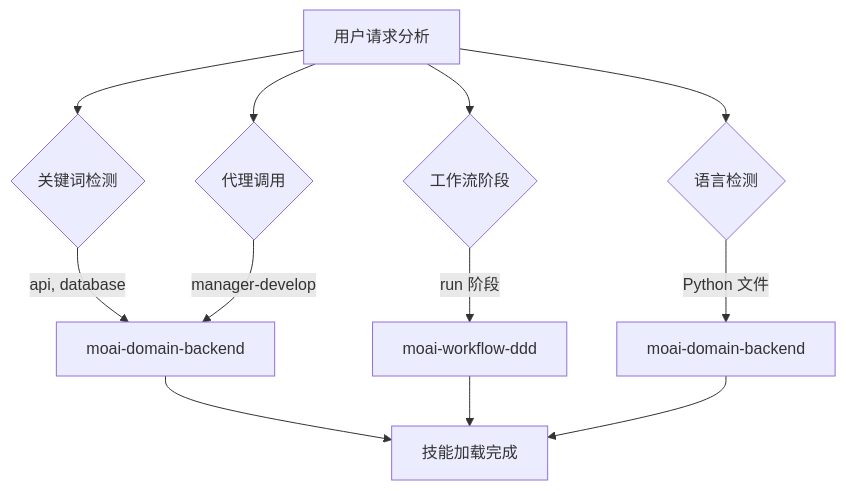
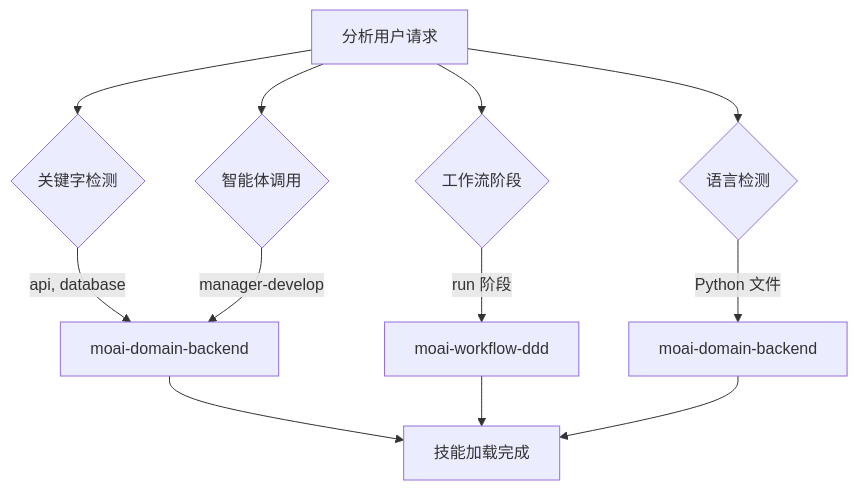
The third of 4 diagrams in docs-site/content/zh/advanced/skill-guide.md (modu-ai/moai-adk), drawn with Mermaid before and after one commit. The commit also changed other lines of this file and 395 other files, not shown here.

````diff
--- a/docs-site/content/zh/advanced/skill-guide.md
+++ b/docs-site/content/zh/advanced/skill-guide.md
@@ -162,16 +158,16 @@
 ```mermaid
 flowchart TD
-    REQ[用户请求分析] --> KW{关键词检测}
-    REQ --> AG{代理调用}
+    REQ[分析用户请求] --> KW{关键字检测}
+    REQ --> AG{智能体调用}
     REQ --> PH{工作流阶段}
     REQ --> LN{语言检测}
 
     KW -->|"api, database"| SKILL1[moai-domain-backend]
     AG -->|"manager-develop"| SKILL1
     PH -->|"run 阶段"| SKILL2[moai-workflow-ddd]
     LN -->|"Python 文件"| SKILL3[moai-domain-backend]
 
     SKILL1 --> LOAD[技能加载完成]
     SKILL2 --> LOAD
     SKILL3 --> LOAD
 ```
````
